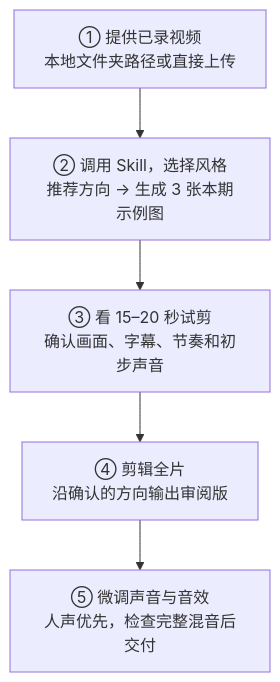
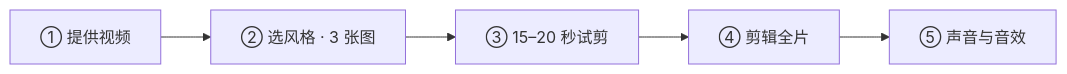
Before and after one commit to hermanzzy-crypto/story-first-video-editor: the diagram in README.md, drawn with Mermaid.

Commit message:
Simplify five-step workflow diagram

````diff
--- a/README.md
+++ b/README.md
@@ -38,7 +38,7 @@
 ```mermaid
-flowchart TD
-    A["① 提供已录视频<br/>本地文件夹路径或直接上传"] --> B["② 调用 Skill，选择风格<br/>推荐方向 → 生成 3 张本期示例图"]
-    B --> C["③ 看 15–20 秒试剪<br/>确认画面、字幕、节奏和初步声音"]
-    C --> D["④ 剪辑全片<br/>沿确认的方向输出审阅版"]
-    D --> E["⑤ 微调声音与音效<br/>人声优先，检查完整混音后交付"]
+flowchart LR
+    A["① 提供视频"] --> B["② 选风格 · 3 张图"]
+    B --> C["③ 15–20 秒试剪"]
+    C --> D["④ 剪辑全片"]
+    D --> E["⑤ 声音与音效"]
 ```
````
